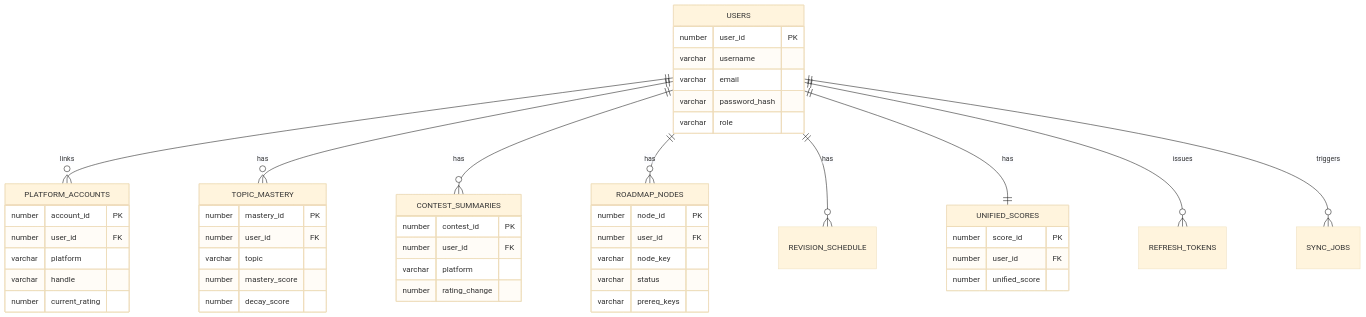
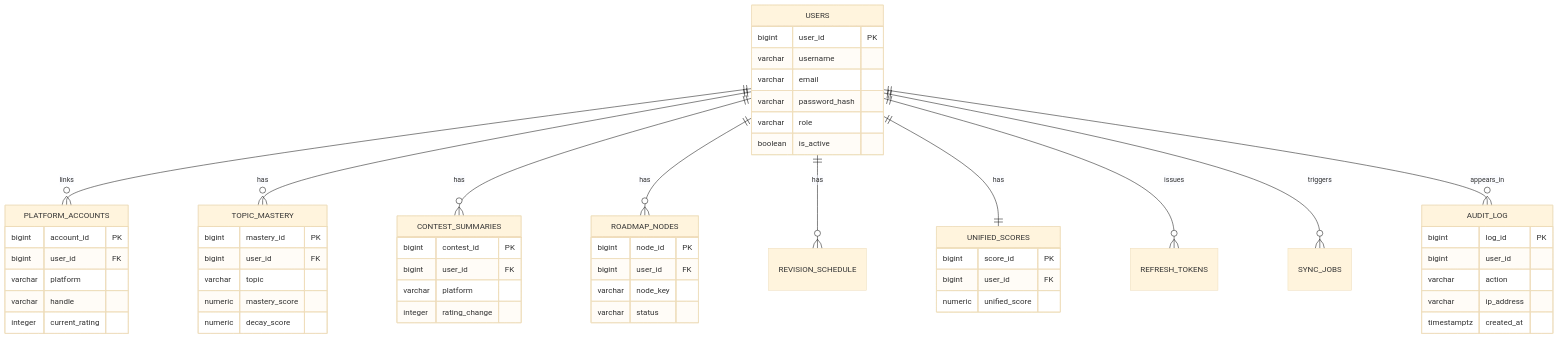
One commit to ayushtiwari1405/cpintel changed the fourth of 5 diagrams in docs/ARCHITECTURE.md. Above: the diagram before and after it, drawn with Mermaid (base theme). The commit also changed other lines of this file and 307 other files, not shown here.

````diff
--- a/docs/ARCHITECTURE.md
+++ b/docs/ARCHITECTURE.md
@@ -84,51 +111,59 @@
 ```mermaid
 erDiagram
     USERS ||--o{ PLATFORM_ACCOUNTS : links
     USERS ||--o{ TOPIC_MASTERY : has
     USERS ||--o{ CONTEST_SUMMARIES : has
     USERS ||--o{ ROADMAP_NODES : has
     USERS ||--o{ REVISION_SCHEDULE : has
     USERS ||--|| UNIFIED_SCORES : has
     USERS ||--o{ REFRESH_TOKENS : issues
     USERS ||--o{ SYNC_JOBS : triggers
+    USERS ||--o{ AUDIT_LOG : appears_in
 
     USERS {
-        number user_id PK
+        bigint user_id PK
         varchar username
         varchar email
         varchar password_hash
         varchar role
+        boolean is_active
     }
     PLATFORM_ACCOUNTS {
-        number account_id PK
-        number user_id FK
+        bigint account_id PK
+        bigint user_id FK
         varchar platform
         varchar handle
-        number current_rating
+        integer current_rating
     }
     TOPIC_MASTERY {
-        number mastery_id PK
-        number user_id FK
+        bigint mastery_id PK
+        bigint user_id FK
         varchar topic
-        number mastery_score
-        number decay_score
+        numeric mastery_score
+        numeric decay_score
     }
     CONTEST_SUMMARIES {
-        number contest_id PK
-        number user_id FK
+        bigint contest_id PK
+        bigint user_id FK
         varchar platform
-        number rating_change
+        integer rating_change
     }
     ROADMAP_NODES {
-        number node_id PK
-        number user_id FK
+        bigint node_id PK
+        bigint user_id FK
         varchar node_key
         varchar status
-        varchar prereq_keys
     }
     UNIFIED_SCORES {
-        number score_id PK
-        number user_id FK
-        number unified_score
+        bigint score_id PK
+        bigint user_id FK
+        numeric unified_score
+    }
+    AUDIT_LOG {
+        bigint log_id PK
+        bigint user_id
+        varchar action
+        varchar ip_address
+        timestamptz created_at
     }
 ```
````
